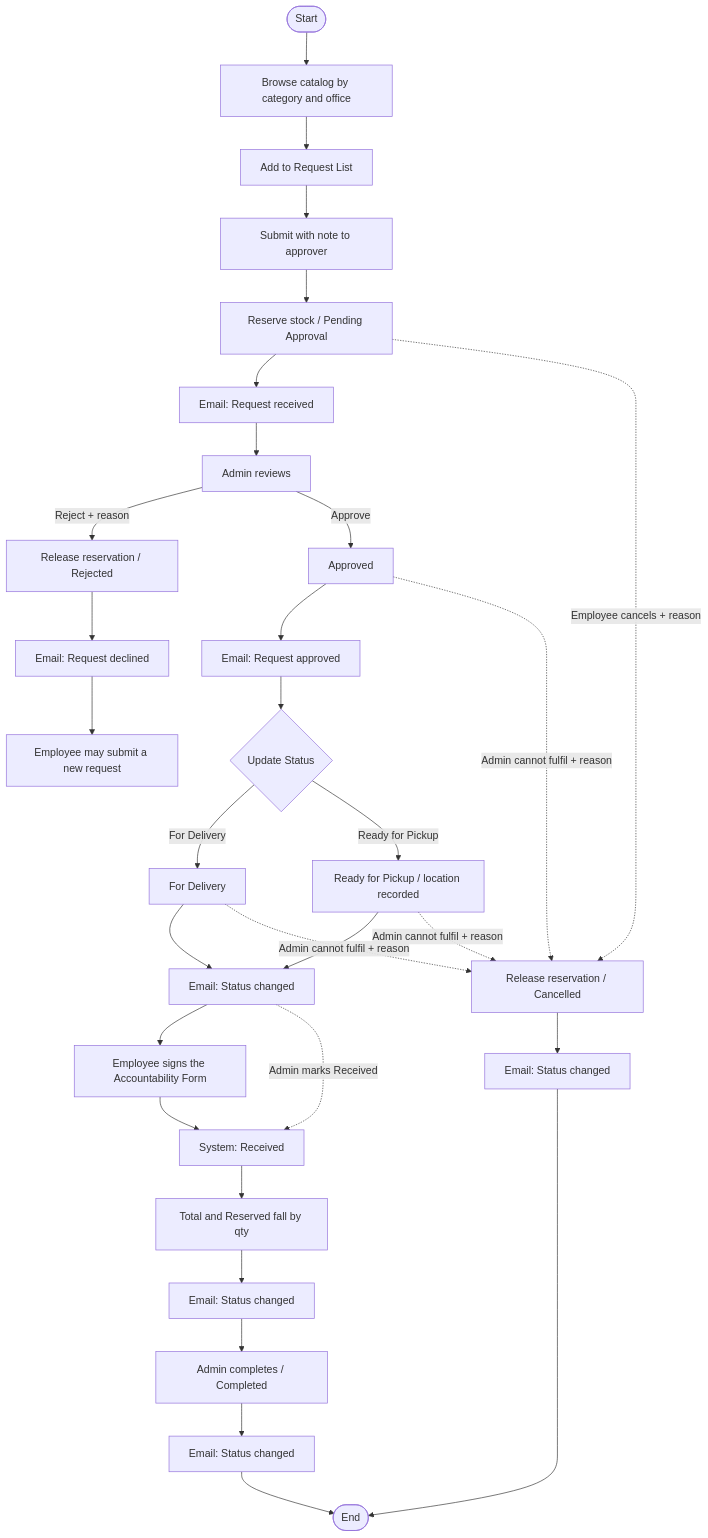
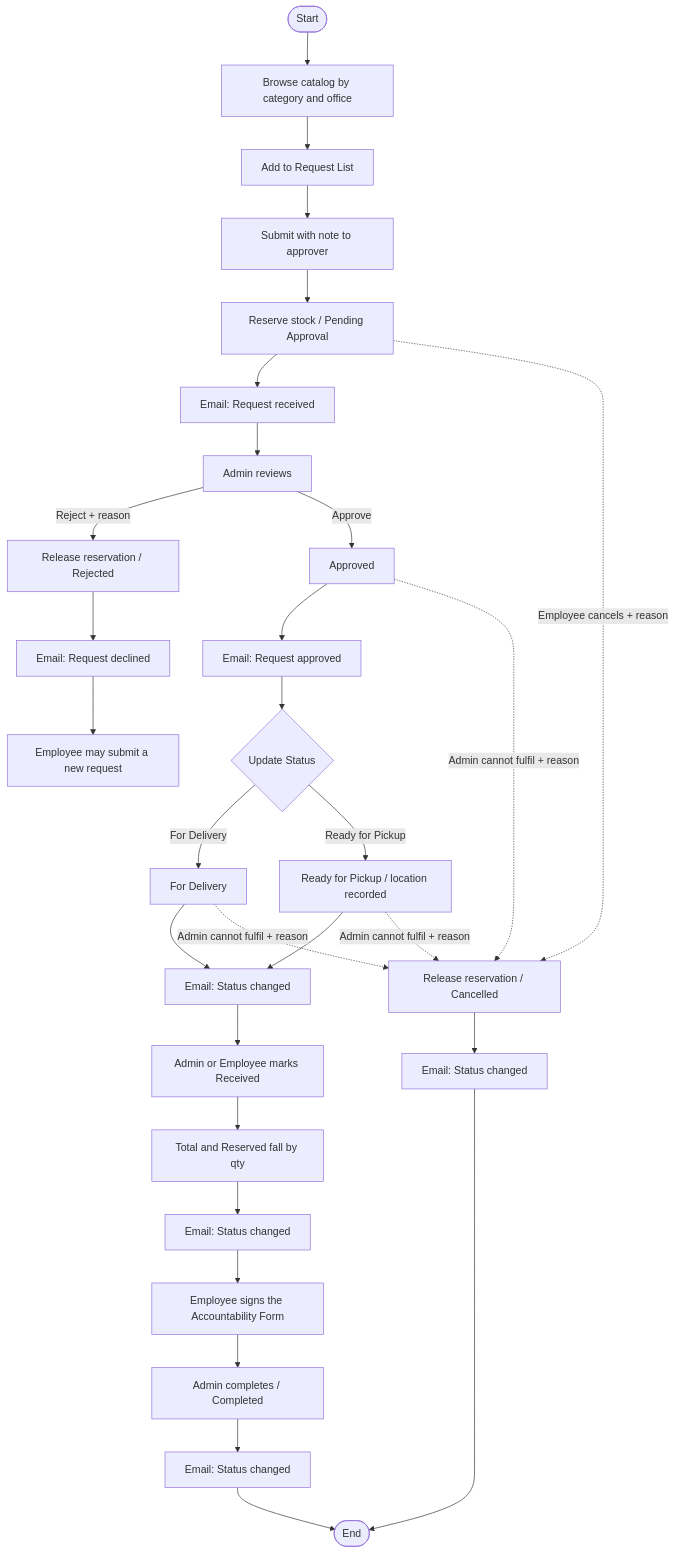
Before and after one commit to CoDev-Bench-Team/CoDev-OSRS: the diagram in docs/process-flow.md, drawn with Mermaid. The commit also changed other lines of this file and 41 other files, not shown here.

````diff
--- a/docs/process-flow.md
+++ b/docs/process-flow.md
@@ -267,34 +275,33 @@
 ```mermaid
 flowchart TD
   start([Start]) --> browse[Browse catalog by category and office]
   browse --> list[Add to Request List]
   list --> submit[Submit with note to approver]
   submit --> reserve[Reserve stock / Pending Approval]
   reserve --> mail1[Email: Request received]
   mail1 --> review[Admin reviews]
   review -->|Reject + reason| rel1[Release reservation / Rejected]
   rel1 --> mailR[Email: Request declined]
   mailR --> newReq[Employee may submit a new request]
   review -->|Approve| approve[Approved]
   approve --> mailA[Email: Request approved]
   mailA --> handover{Update Status}
   handover -->|For Delivery| fd[For Delivery]
   handover -->|Ready for Pickup| fp[Ready for Pickup / location recorded]
   fd --> mailS1[Email: Status changed]
   fp --> mailS1
-  mailS1 --> sign[Employee signs the Accountability Form]
-  sign --> received[System: Received]
-  mailS1 -.->|Admin marks Received| received
+  mailS1 --> received[Admin or Employee marks Received]
   received --> consume[Total and Reserved fall by qty]
   consume --> mailRc[Email: Status changed]
-  mailRc --> complete[Admin completes / Completed]
+  mailRc --> sign[Employee signs the Accountability Form]
+  sign --> complete[Admin completes / Completed]
   complete --> mailC[Email: Status changed]
   mailC --> endNode([End])
 
   reserve -.->|Employee cancels + reason| canc[Release reservation / Cancelled]
   approve -.->|Admin cannot fulfil + reason| canc
   fd -.->|Admin cannot fulfil + reason| canc
   fp -.->|Admin cannot fulfil + reason| canc
   canc --> mailX[Email: Status changed]
   mailX --> endNode
 ```
````
